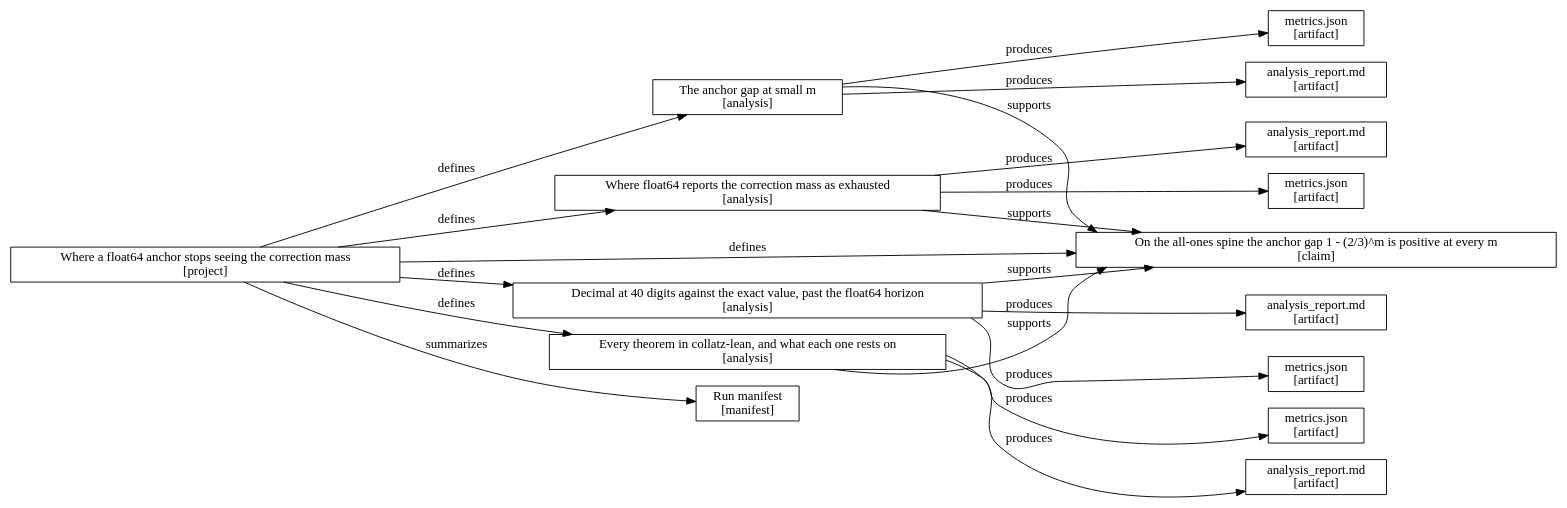
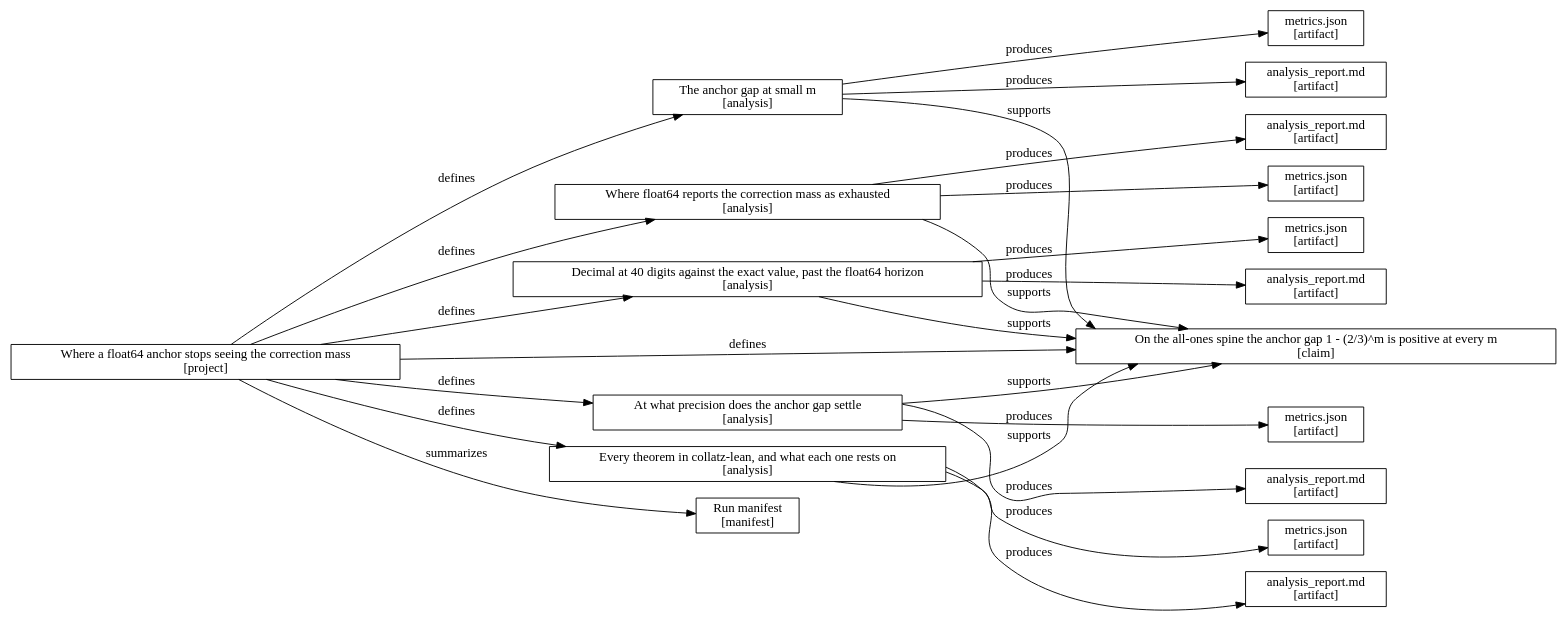
One commit to kakon77777-commits/amral-research-trees changed the diagram in collatz-verification-zhuiheng/felra/artifacts/provenance/provenance.dot. Above: the diagram before and after it, drawn with Graphviz. The commit also changed 19 other files, not shown here.

First line of the commit message:
collatz: add the precision ladder, and the evidence rungs it drives

```diff
--- a/collatz-verification-zhuiheng/felra/artifacts/provenance/provenance.dot
+++ b/collatz-verification-zhuiheng/felra/artifacts/provenance/provenance.dot
@@ -1,37 +1,44 @@
 digraph FELRA {
   rankdir=LR;
   node [shape=box];
   "project" [label="Where a float64 anchor stops seeing the correction mass\n[project]"];
   "claim:correction_mass_never_exhausts" [label="On the all-ones spine the anchor gap 1 - (2/3)^m is positive at every m\n[claim]"];
   "analysis:anchor_gap_below_the_horizon" [label="The anchor gap at small m\n[analysis]"];
   "artifact:anchor_gap_below_the_horizon:analyses\\anchor_gap_below_the_horizon\\analysis_report.md" [label="analysis_report.md\n[artifact]"];
   "artifact:anchor_gap_below_the_horizon:analyses\\anchor_gap_below_the_horizon\\metrics.json" [label="metrics.json\n[artifact]"];
   "analysis:anchor_gap_at_the_horizon" [label="Where float64 reports the correction mass as exhausted\n[analysis]"];
   "artifact:anchor_gap_at_the_horizon:analyses\\anchor_gap_at_the_horizon\\analysis_report.md" [label="analysis_report.md\n[artifact]"];
   "artifact:anchor_gap_at_the_horizon:analyses\\anchor_gap_at_the_horizon\\metrics.json" [label="metrics.json\n[artifact]"];
   "analysis:decimal_still_sees_it" [label="Decimal at 40 digits against the exact value, past the float64 horizon\n[analysis]"];
   "artifact:decimal_still_sees_it:analyses\\decimal_still_sees_it\\analysis_report.md" [label="analysis_report.md\n[artifact]"];
   "artifact:decimal_still_sees_it:analyses\\decimal_still_sees_it\\metrics.json" [label="metrics.json\n[artifact]"];
+  "analysis:anchor_precision_ladder" [label="At what precision does the anchor gap settle\n[analysis]"];
+  "artifact:anchor_precision_ladder:analyses\\anchor_precision_ladder\\analysis_report.md" [label="analysis_report.md\n[artifact]"];
+  "artifact:anchor_precision_ladder:analyses\\anchor_precision_ladder\\metrics.json" [label="metrics.json\n[artifact]"];
   "analysis:lean_whole_development_axiom_audit" [label="Every theorem in collatz-lean, and what each one rests on\n[analysis]"];
   "artifact:lean_whole_development_axiom_audit:analyses\\lean_whole_development_axiom_audit\\analysis_report.md" [label="analysis_report.md\n[artifact]"];
   "artifact:lean_whole_development_axiom_audit:analyses\\lean_whole_development_axiom_audit\\metrics.json" [label="metrics.json\n[artifact]"];
   "manifest" [label="Run manifest\n[manifest]"];
   "project" -> "claim:correction_mass_never_exhausts" [label="defines"];
   "project" -> "analysis:anchor_gap_below_the_horizon" [label="defines"];
   "analysis:anchor_gap_below_the_horizon" -> "claim:correction_mass_never_exhausts" [label="supports"];
   "analysis:anchor_gap_below_the_horizon" -> "artifact:anchor_gap_below_the_horizon:analyses\\anchor_gap_below_the_horizon\\analysis_report.md" [label="produces"];
   "analysis:anchor_gap_below_the_horizon" -> "artifact:anchor_gap_below_the_horizon:analyses\\anchor_gap_below_the_horizon\\metrics.json" [label="produces"];
   "project" -> "analysis:anchor_gap_at_the_horizon" [label="defines"];
   "analysis:anchor_gap_at_the_horizon" -> "claim:correction_mass_never_exhausts" [label="supports"];
   "analysis:anchor_gap_at_the_horizon" -> "artifact:anchor_gap_at_the_horizon:analyses\\anchor_gap_at_the_horizon\\analysis_report.md" [label="produces"];
   "analysis:anchor_gap_at_the_horizon" -> "artifact:anchor_gap_at_the_horizon:analyses\\anchor_gap_at_the_horizon\\metrics.json" [label="produces"];
   "project" -> "analysis:decimal_still_sees_it" [label="defines"];
   "analysis:decimal_still_sees_it" -> "claim:correction_mass_never_exhausts" [label="supports"];
   "analysis:decimal_still_sees_it" -> "artifact:decimal_still_sees_it:analyses\\decimal_still_sees_it\\analysis_report.md" [label="produces"];
   "analysis:decimal_still_sees_it" -> "artifact:decimal_still_sees_it:analyses\\decimal_still_sees_it\\metrics.json" [label="produces"];
+  "project" -> "analysis:anchor_precision_ladder" [label="defines"];
+  "analysis:anchor_precision_ladder" -> "claim:correction_mass_never_exhausts" [label="supports"];
+  "analysis:anchor_precision_ladder" -> "artifact:anchor_precision_ladder:analyses\\anchor_precision_ladder\\analysis_report.md" [label="produces"];
+  "analysis:anchor_precision_ladder" -> "artifact:anchor_precision_ladder:analyses\\anchor_precision_ladder\\metrics.json" [label="produces"];
   "project" -> "analysis:lean_whole_development_axiom_audit" [label="defines"];
   "analysis:lean_whole_development_axiom_audit" -> "claim:correction_mass_never_exhausts" [label="supports"];
   "analysis:lean_whole_development_axiom_audit" -> "artifact:lean_whole_development_axiom_audit:analyses\\lean_whole_development_axiom_audit\\analysis_report.md" [label="produces"];
   "analysis:lean_whole_development_axiom_audit" -> "artifact:lean_whole_development_axiom_audit:analyses\\lean_whole_development_axiom_audit\\metrics.json" [label="produces"];
   "project" -> "manifest" [label="summarizes"];
 }
```
